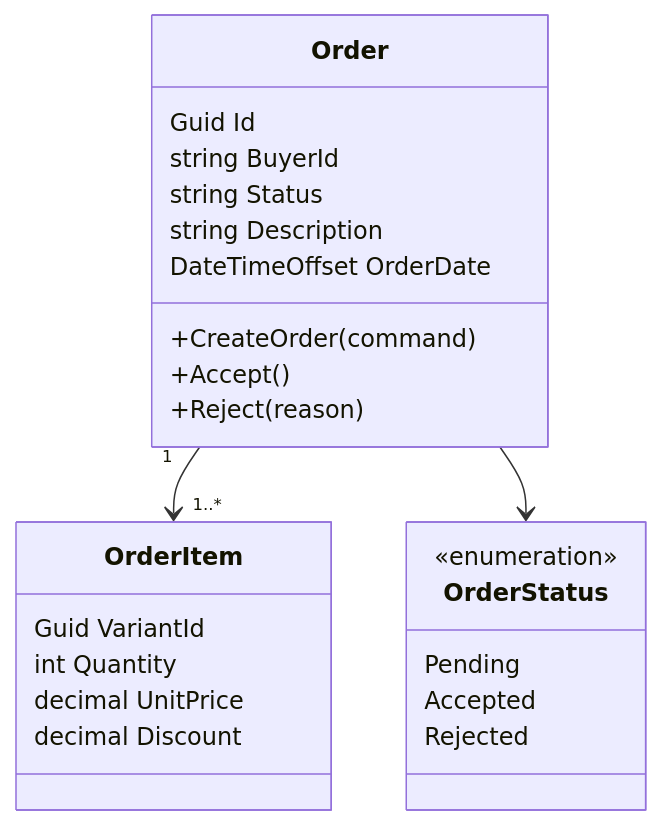
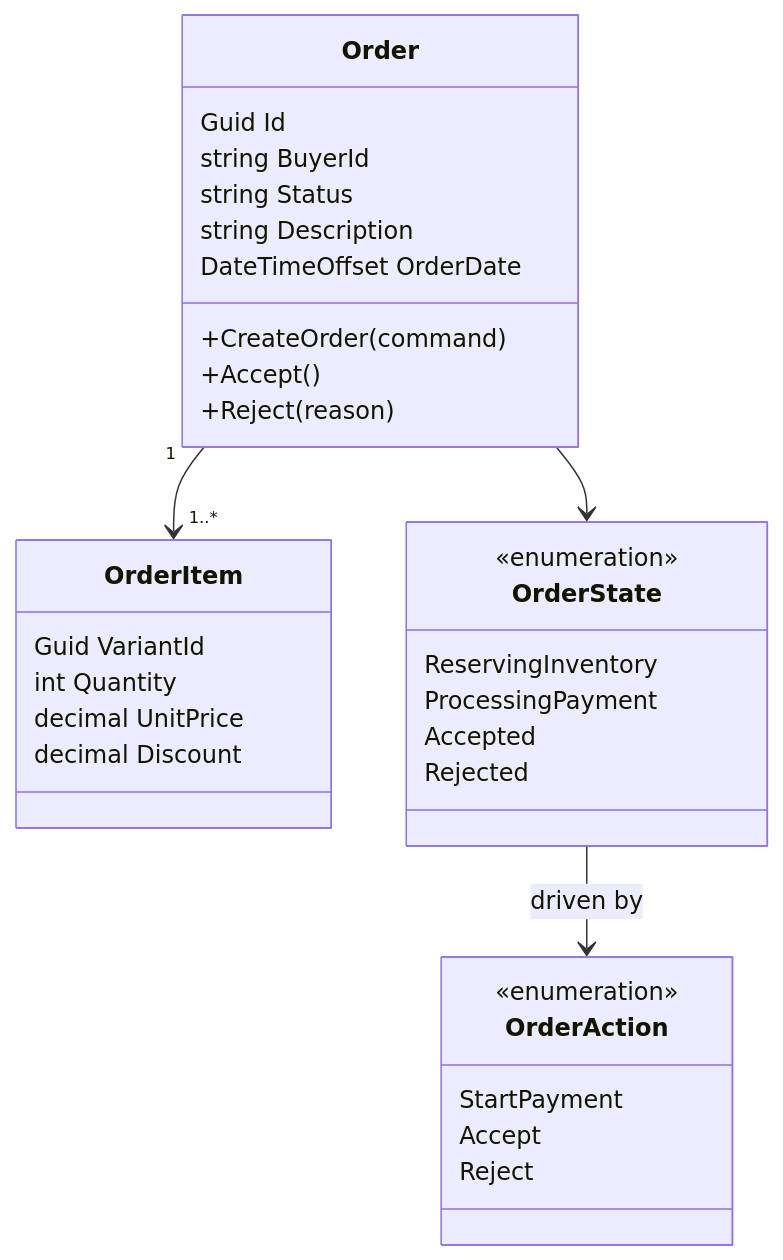
The fourth of 12 diagrams in Order/src/EShop.Order.API/README.md (mnnam1302/EShop), drawn with Mermaid before and after one commit. The commit also changed other lines of this file and 10 other files, not shown here.

````diff
--- a/Order/src/EShop.Order.API/README.md
+++ b/Order/src/EShop.Order.API/README.md
@@ -122,30 +123,39 @@
 ```mermaid
 classDiagram
     class Order {
         Guid Id
         string BuyerId
         string Status
         string Description
         DateTimeOffset OrderDate
         +CreateOrder(command)
         +Accept()
         +Reject(reason)
     }
 
     class OrderItem {
         Guid VariantId
         int Quantity
         decimal UnitPrice
         decimal Discount
     }
 
-    class OrderStatus {
+    class OrderState {
         <<enumeration>>
-        Pending
+        ReservingInventory
+        ProcessingPayment
         Accepted
         Rejected
     }
 
+    class OrderAction {
+        <<enumeration>>
+        StartPayment
+        Accept
+        Reject
+    }
+
     Order "1" --> "1..*" OrderItem
-    Order --> OrderStatus
+    Order --> OrderState
+    OrderState --> OrderAction : driven by
 ```
````
